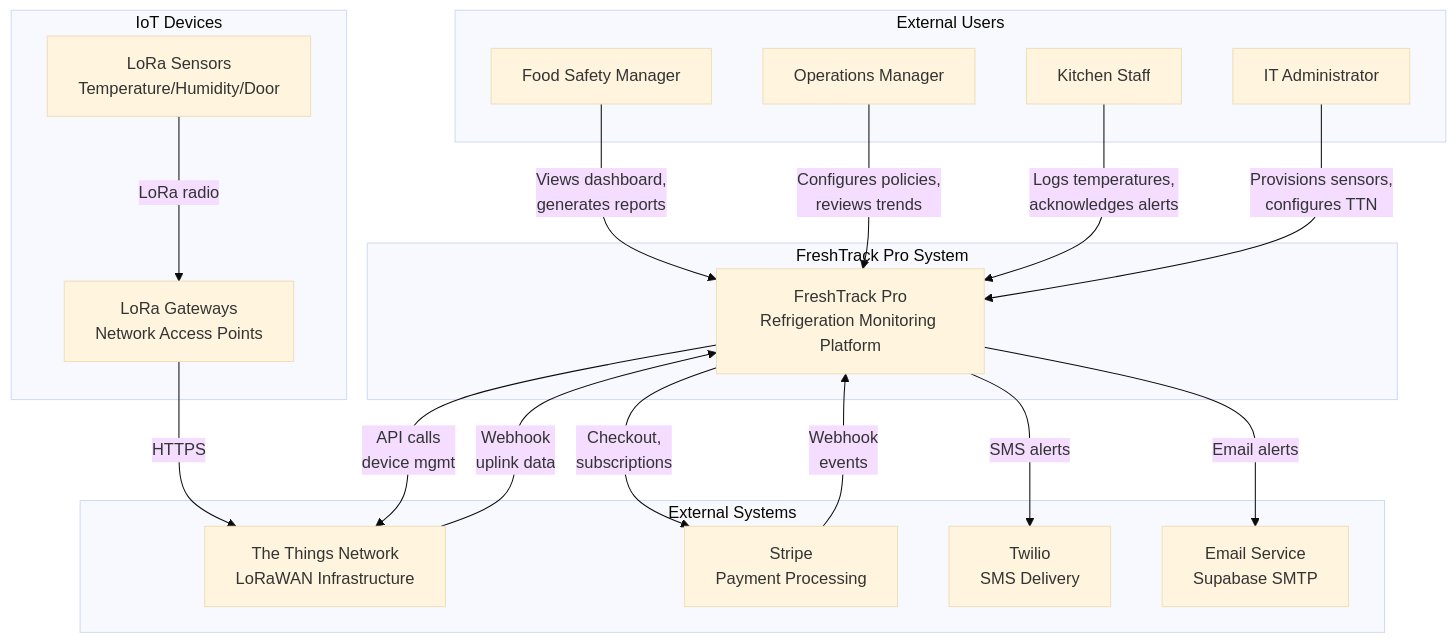
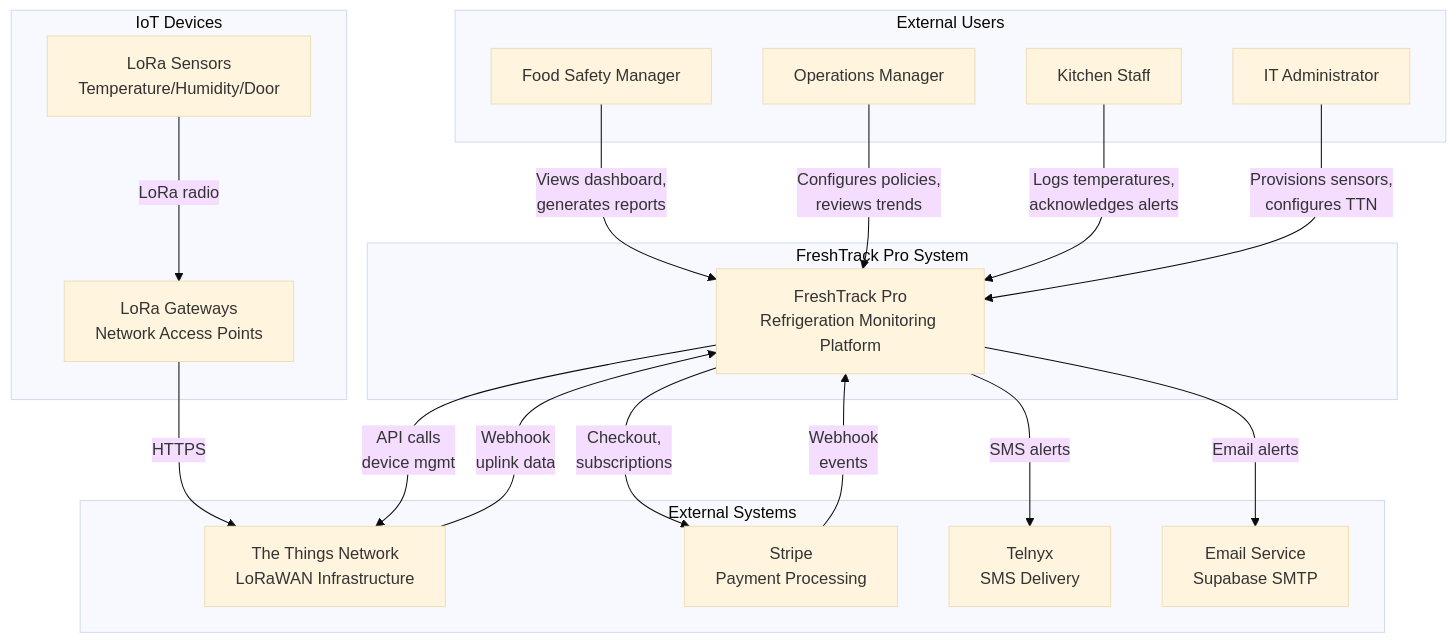
Before and after one commit to getdatasurge/freshtrack-pro: the first of 4 diagrams in docs/diagrams/SYSTEM_CONTEXT.md, drawn with Mermaid (base theme). The commit also changed other lines of this file and 16 other files, not shown here.

````diff
--- a/docs/diagrams/SYSTEM_CONTEXT.md
+++ b/docs/diagrams/SYSTEM_CONTEXT.md
@@ -9,41 +9,41 @@
 ```mermaid
 graph TB
     subgraph "External Users"
         FSM[Food Safety Manager]
         OM[Operations Manager]
         KS[Kitchen Staff]
         IT[IT Administrator]
     end
 
     subgraph "FreshTrack Pro System"
         FT[FreshTrack Pro<br/>Refrigeration Monitoring Platform]
     end
 
     subgraph "External Systems"
         TTN[The Things Network<br/>LoRaWAN Infrastructure]
         STRIPE[Stripe<br/>Payment Processing]
-        TWILIO[Twilio<br/>SMS Delivery]
+        TELNYX[Telnyx<br/>SMS Delivery]
         EMAIL[Email Service<br/>Supabase SMTP]
     end
 
     subgraph "IoT Devices"
         SENSORS[LoRa Sensors<br/>Temperature/Humidity/Door]
         GATEWAYS[LoRa Gateways<br/>Network Access Points]
     end
 
     FSM -->|"Views dashboard,<br/>generates reports"| FT
     OM -->|"Configures policies,<br/>reviews trends"| FT
     KS -->|"Logs temperatures,<br/>acknowledges alerts"| FT
     IT -->|"Provisions sensors,<br/>configures TTN"| FT
 
     SENSORS -->|"LoRa radio"| GATEWAYS
     GATEWAYS -->|"HTTPS"| TTN
     TTN -->|"Webhook<br/>uplink data"| FT
     FT -->|"API calls<br/>device mgmt"| TTN
 
     FT -->|"Checkout,<br/>subscriptions"| STRIPE
     STRIPE -->|"Webhook<br/>events"| FT
 
-    FT -->|"SMS alerts"| TWILIO
+    FT -->|"SMS alerts"| TELNYX
     FT -->|"Email alerts"| EMAIL
 ```
````
